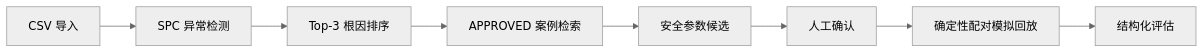
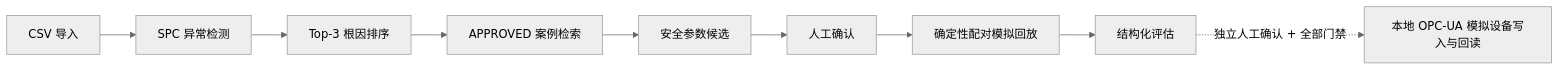
The first of 2 diagrams in README.md (gakialter/TuneWise), drawn with Mermaid (neutral theme) before and after one commit. The commit also changed other lines of this file and 52 other files, not shown here.

````diff
--- a/README.md
+++ b/README.md
@@ -34,10 +36,11 @@
 ```mermaid
 flowchart LR
     A["CSV 导入"] --> B["SPC 异常检测"]
     B --> C["Top-3 根因排序"]
     C --> D["APPROVED 案例检索"]
     D --> E["安全参数候选"]
     E --> F["人工确认"]
     F --> G["确定性配对模拟回放"]
     G --> H["结构化评估"]
+    H -. "独立人工确认 + 全部门禁" .-> I["本地 OPC-UA 模拟设备写入与回读"]
 ```
````
